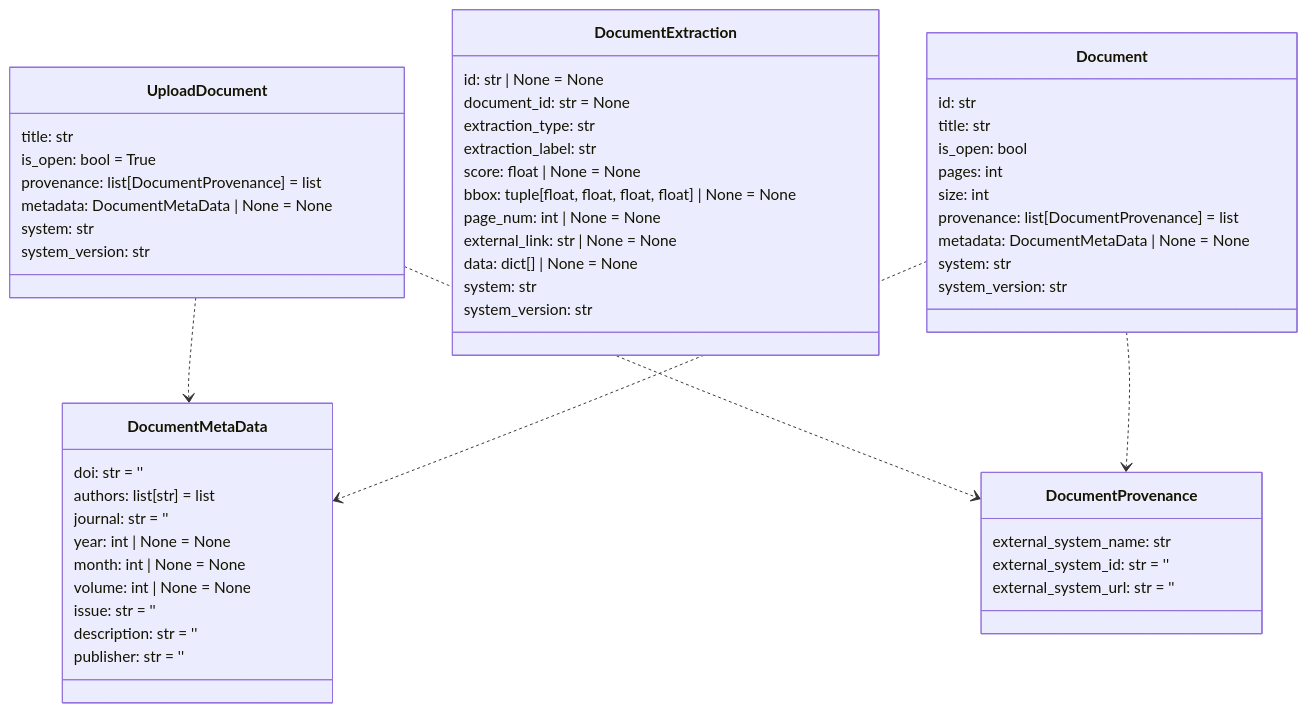
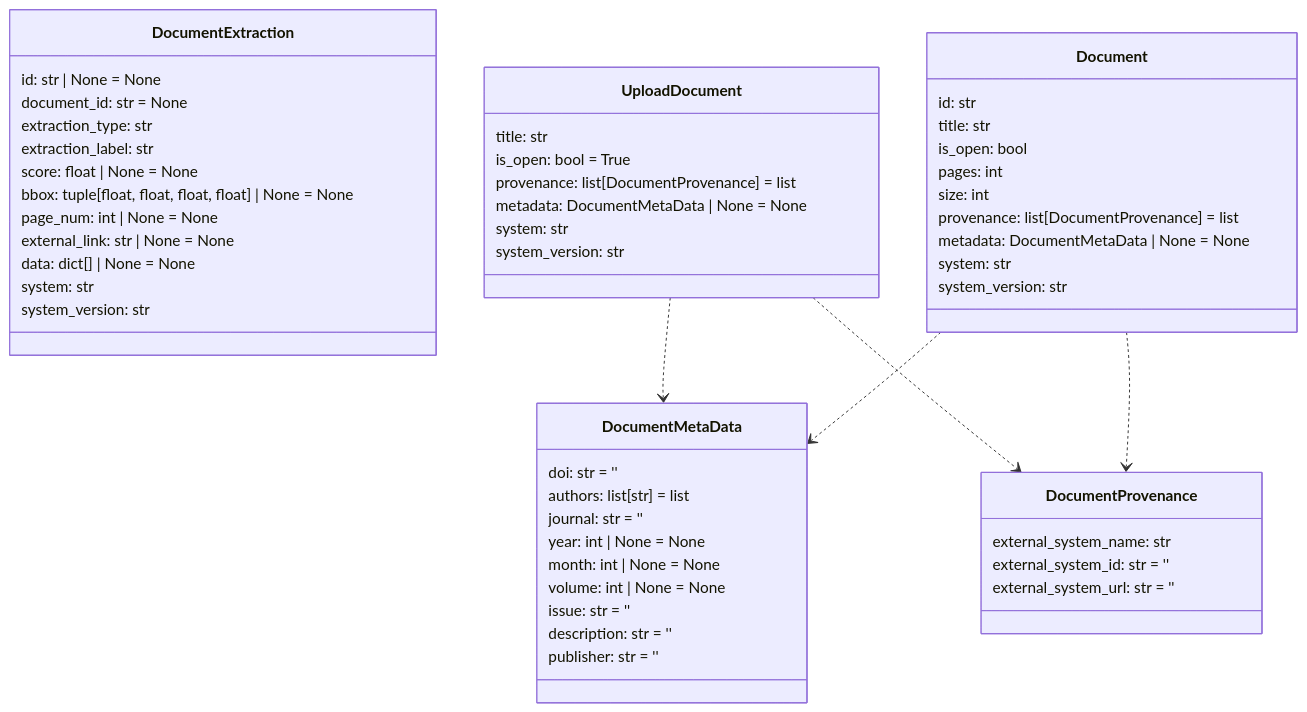
Before and after one commit to DARPA-CRITICALMAAS/cdr_schemas: the ninth of 14 diagrams in README.md, drawn with Mermaid. The commit also changed other lines of this file and 2 other files, not shown here.

````diff
--- a/README.md
+++ b/README.md
@@ -695,63 +695,63 @@
 ```mermaid
 classDiagram
 
-    class DocumentProvenance {
-        external_system_name: str
-        external_system_id: str = ''
-        external_system_url: str = ''
-    }
-
-    class UploadDocument {
-        title: str
-        is_open: bool = True
-        provenance: list[DocumentProvenance] = list
-        metadata: DocumentMetaData | None = None
-        system: str
-        system_version: str
+    class DocumentMetaData {
+        doi: str = ''
+        authors: list[str] = list
+        journal: str = ''
+        year: int | None = None
+        month: int | None = None
+        volume: int | None = None
+        issue: str = ''
+        description: str = ''
+        publisher: str = ''
     }
 
     class DocumentExtraction {
         id: str | None = None
         document_id: str = None
         extraction_type: str
         extraction_label: str
         score: float | None = None
         bbox: tuple[float, float, float, float] | None = None
         page_num: int | None = None
         external_link: str | None = None
         data: dict[] | None = None
         system: str
         system_version: str
     }
 
+    class UploadDocument {
+        title: str
+        is_open: bool = True
+        provenance: list[DocumentProvenance] = list
+        metadata: DocumentMetaData | None = None
+        system: str
+        system_version: str
+    }
+
     class Document {
         id: str
         title: str
         is_open: bool
         pages: int
         size: int
         provenance: list[DocumentProvenance] = list
         metadata: DocumentMetaData | None = None
         system: str
         system_version: str
     }
 
-    class DocumentMetaData {
-        doi: str = ''
-        authors: list[str] = list
-        journal: str = ''
-        year: int | None = None
-        month: int | None = None
-        volume: int | None = None
-        issue: str = ''
-        description: str = ''
-        publisher: str = ''
+    class DocumentProvenance {
+        external_system_name: str
+        external_system_id: str = ''
+        external_system_url: str = ''
     }
 
     UploadDocument ..> DocumentMetaData
     UploadDocument ..> DocumentProvenance
     Document ..> DocumentMetaData
     Document ..> DocumentProvenance
 
 
 ```
````
